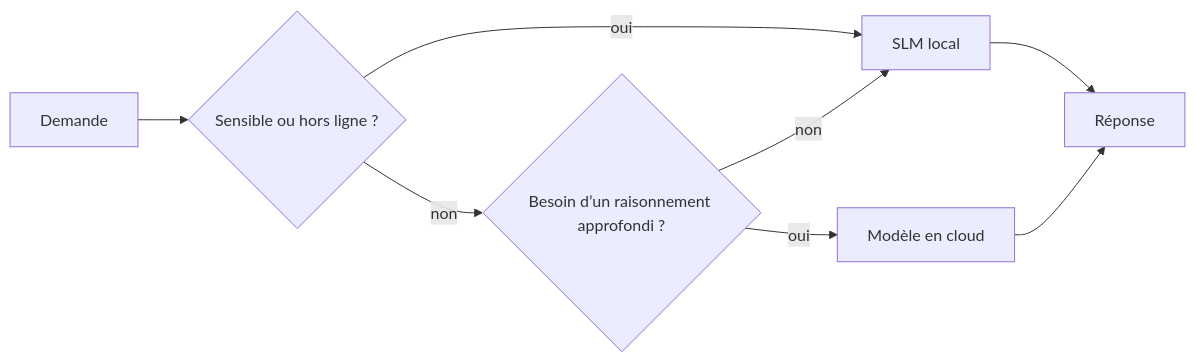
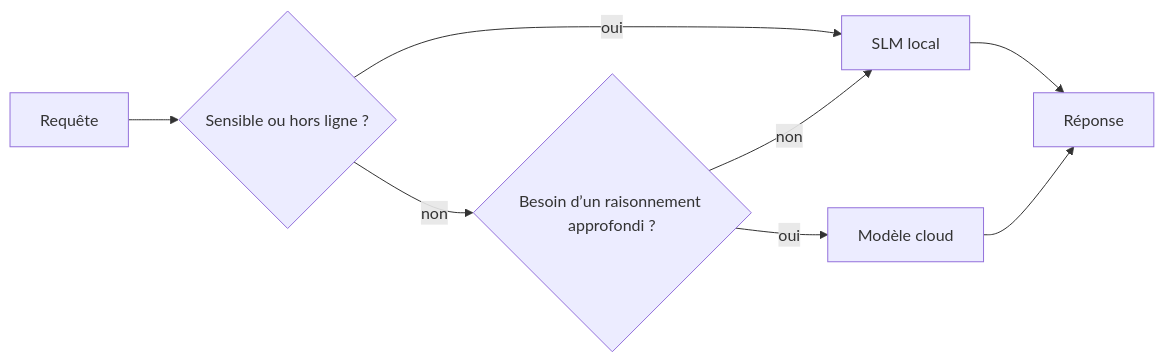
The fourth of 4 diagrams in mirrors/repos/microsoft@ai-agents-for-beginners/translations/fr/17-creating-local-ai-agents/README.md (gabrielmoreira/agent-skills-mirror), drawn with Mermaid before and after one commit. The commit also changed other lines of this file and 4262 other files, not shown here.

````diff
--- a/mirrors/repos/microsoft@ai-agents-for-beginners/translations/fr/17-creating-local-ai-agents/README.md
+++ b/mirrors/repos/microsoft@ai-agents-for-beginners/translations/fr/17-creating-local-ai-agents/README.md
@@ -156,10 +156,10 @@
 ```mermaid
 flowchart LR
-    Q[Demande] --> S{Sensible ou hors ligne ?}
+    Q[Requête] --> S{Sensible ou hors ligne ?}
     S -->|oui| L[SLM local]
     S -->|non| C{Besoin d’un raisonnement approfondi ?}
     C -->|non| L
-    C -->|oui| Cloud[Modèle en cloud]
+    C -->|oui| Cloud[Modèle cloud]
     L --> Out[Réponse]
     Cloud --> Out
 ```
````
